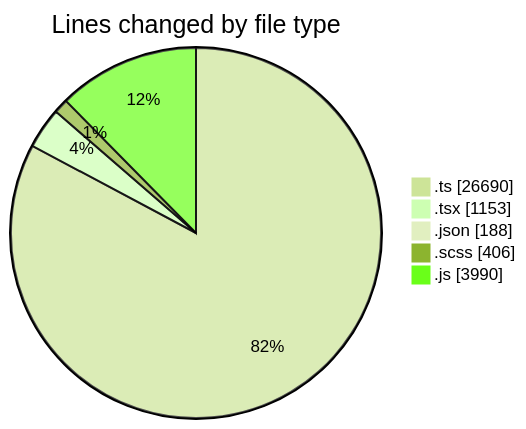
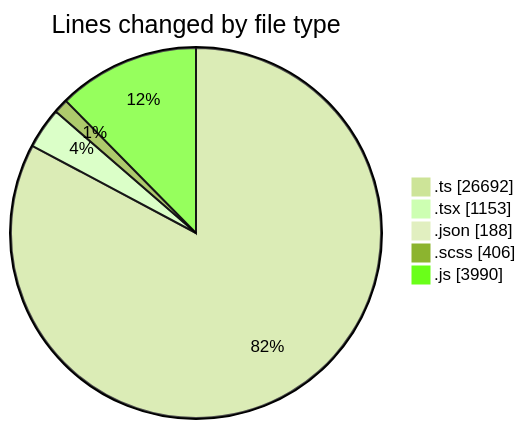
One commit to momahboobian/code-tracking changed the first of 2 diagrams in 2026-05-07/cda/README.md. Above: the diagram before and after it, drawn with Mermaid (forest theme). The commit also changed other lines of this file and 1 other file, not shown here.

````diff
--- a/2026-05-07/cda/README.md
+++ b/2026-05-07/cda/README.md
@@ -46,9 +46,9 @@
 ```mermaid
 pie showData
 title Lines changed by file type
-".ts" : 26690
+".ts" : 26692
 ".tsx" : 1153
 ".json" : 188
 ".scss" : 406
 ".js" : 3990
 ```
````
